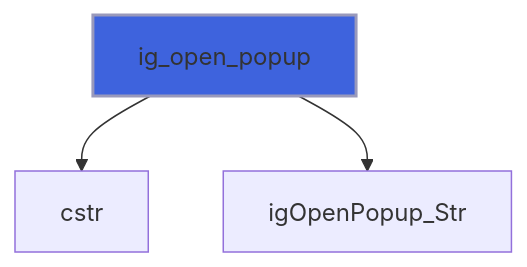
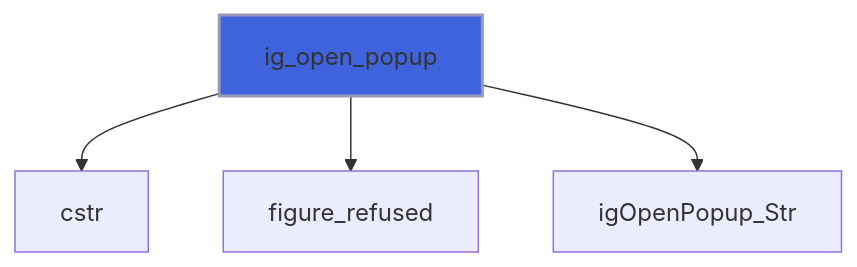
Before and after one commit to szaghi/figure: the fifth of 14 diagrams in docs/api/src/lib/figure_menu.md, drawn with Mermaid. The commit also changed other lines of this file and 10 other files, not shown here.

````diff
--- a/docs/api/src/lib/figure_menu.md
+++ b/docs/api/src/lib/figure_menu.md
@@ -114,6 +127,7 @@
 ```mermaid
 flowchart TD
   ig_open_popup["ig_open_popup"] --> cstr["cstr"]
+  ig_open_popup["ig_open_popup"] --> figure_refused["figure_refused"]
   ig_open_popup["ig_open_popup"] --> igOpenPopup_Str["igOpenPopup_Str"]
   style ig_open_popup fill:#3e63dd,stroke:#99b,stroke-width:2px
 ```
````
